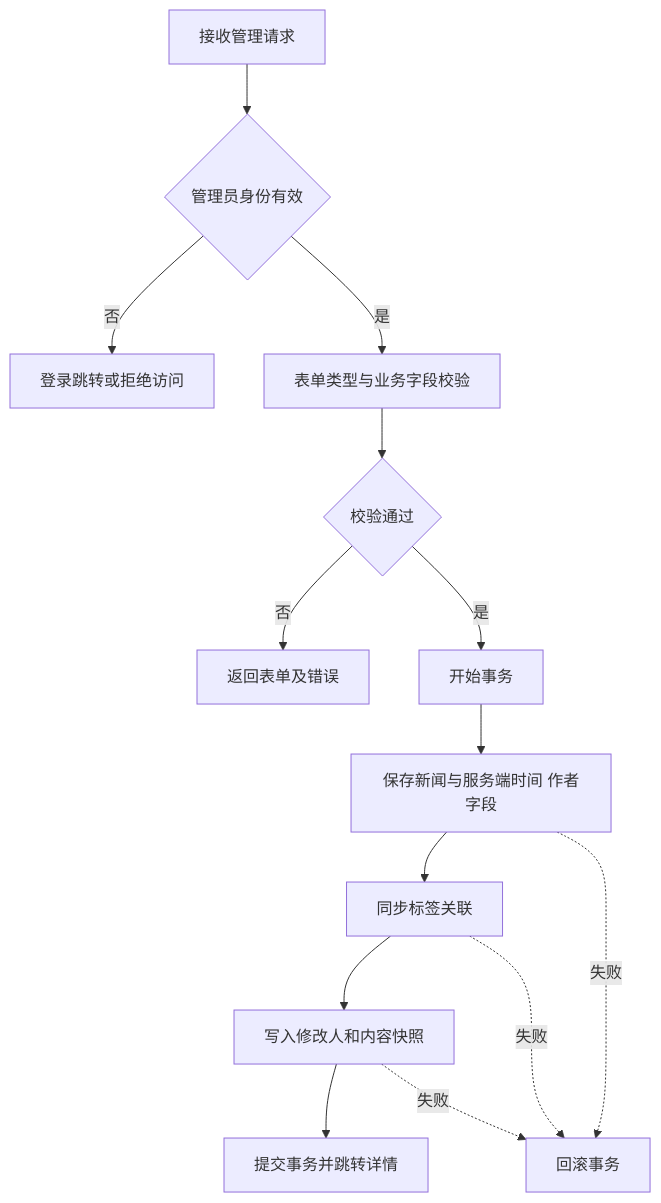
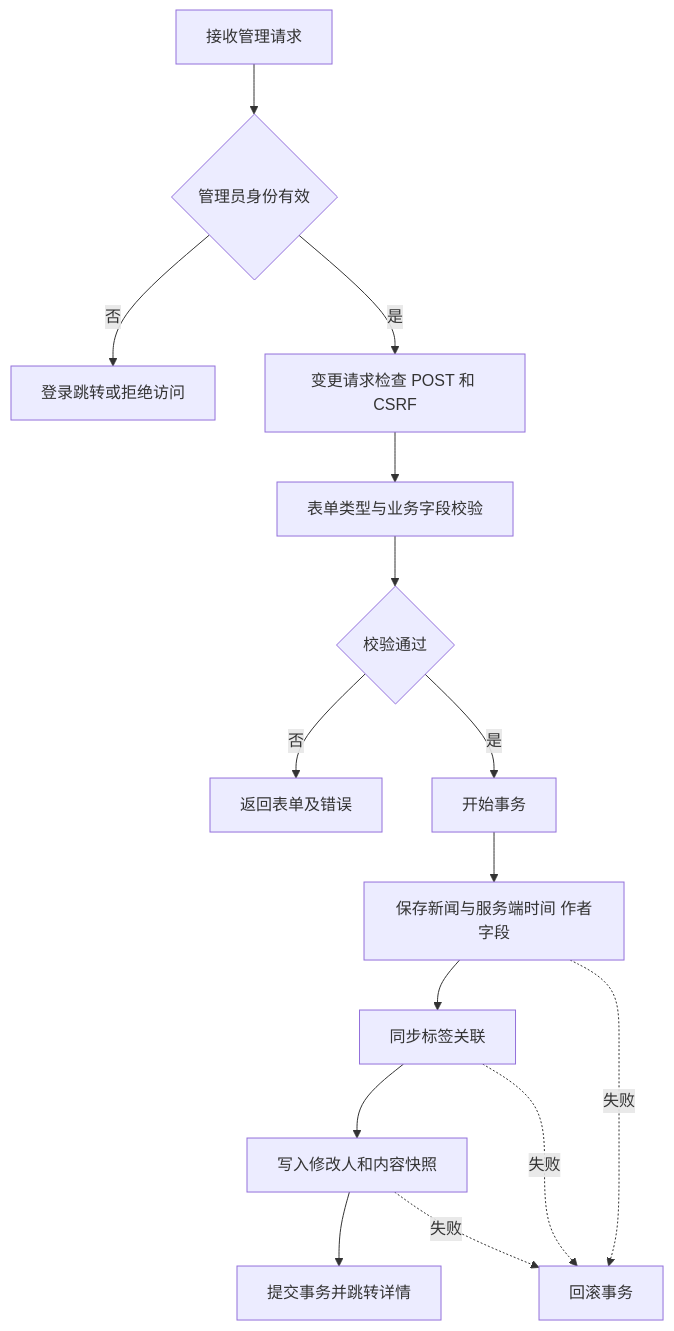
The third of 5 diagrams in docs/B/设计文档_模块图与流程图.md (wangyeG2/InternetDatabaseDevelopment), drawn with Mermaid before and after one commit. The commit also changed other lines of this file and 85 other files, not shown here.

````diff
--- a/docs/B/设计文档_模块图与流程图.md
+++ b/docs/B/设计文档_模块图与流程图.md
@@ -42,16 +45,17 @@
 ```mermaid
 flowchart TD
     Request[接收管理请求] --> Auth{管理员身份有效}
     Auth -- 否 --> Deny[登录跳转或拒绝访问]
-    Auth -- 是 --> Input[表单类型与业务字段校验]
+    Auth -- 是 --> Method[变更请求检查 POST 和 CSRF]
+    Method --> Input[表单类型与业务字段校验]
     Input --> Valid{校验通过}
     Valid -- 否 --> Back[返回表单及错误]
     Valid -- 是 --> Begin[开始事务]
     Begin --> Save[保存新闻与服务端时间 作者字段]
     Save --> Tags[同步标签关联]
     Tags --> History[写入修改人和内容快照]
     History --> Commit[提交事务并跳转详情]
     Save -. 失败 .-> Rollback[回滚事务]
     Tags -. 失败 .-> Rollback
     History -. 失败 .-> Rollback
 ```
````
